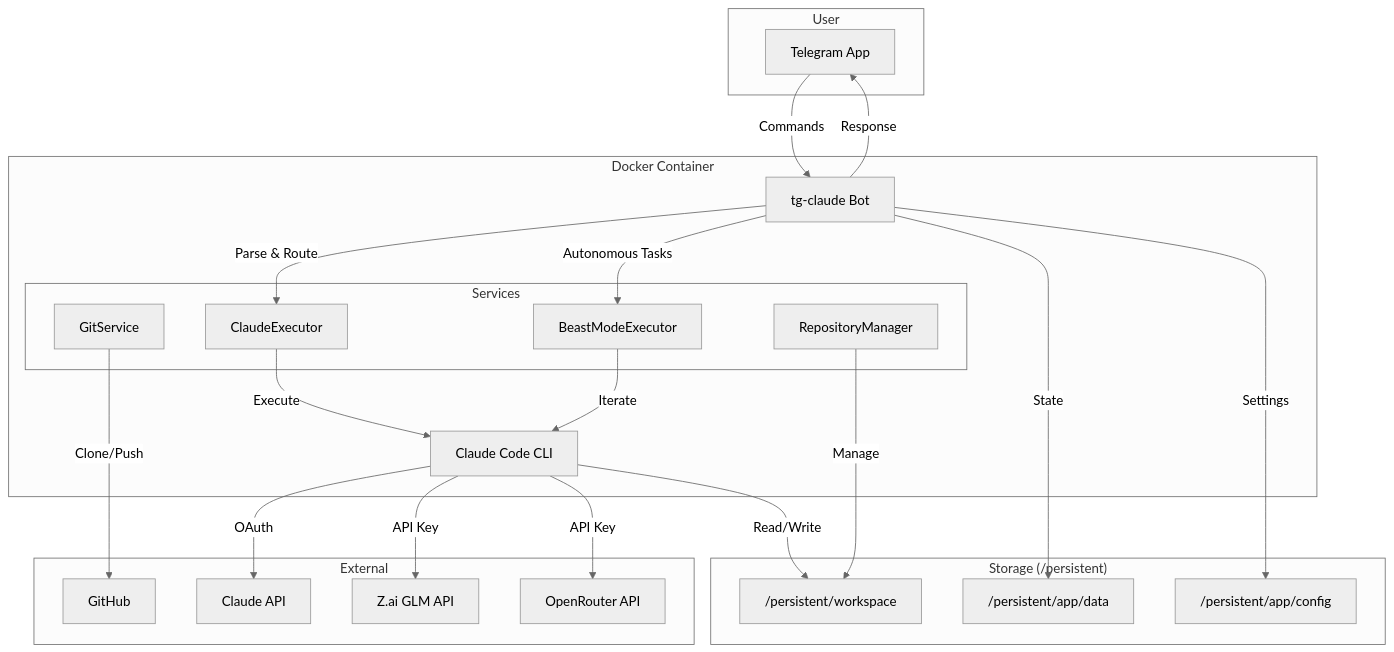
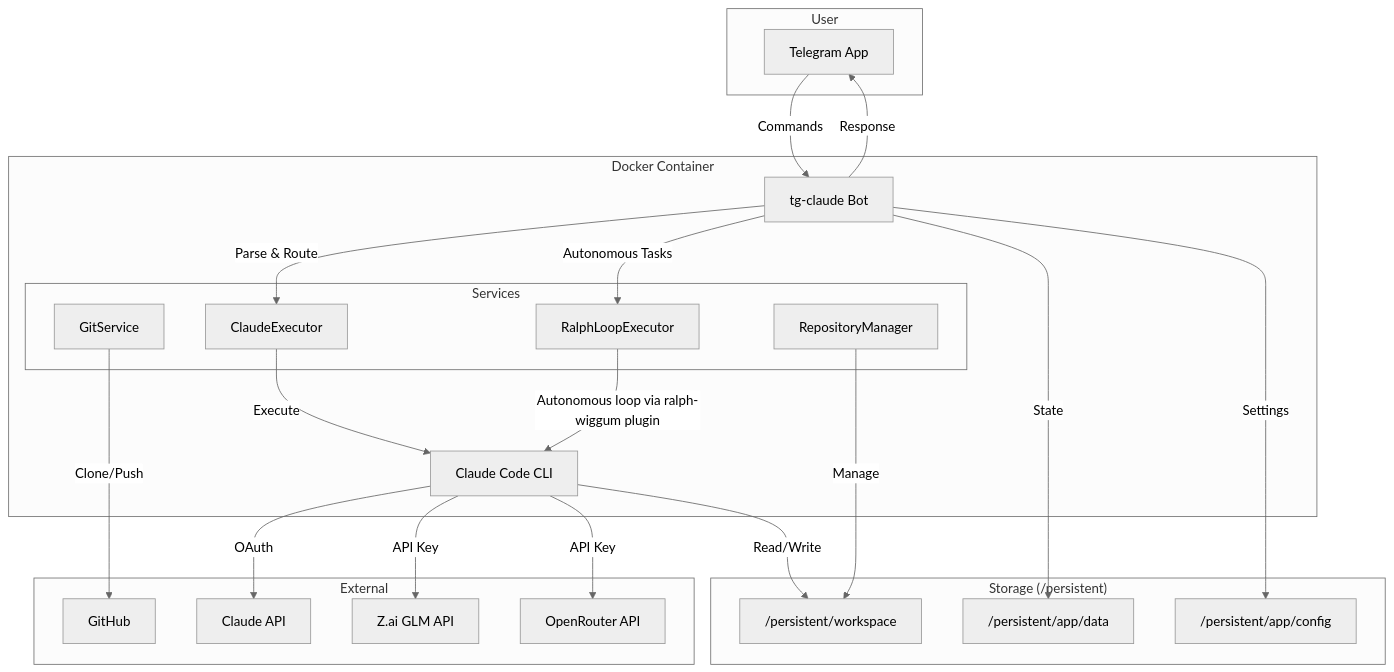
One commit to guzus/tg-claude changed the diagram in README.md. Above: the diagram before and after it, drawn with Mermaid (neutral theme). The commit also changed other lines of this file and 19 other files, not shown here.

First line of the commit message:
Add Playwright MCP + Ralph Wigglum plugin support (#23)

````diff
--- a/README.md
+++ b/README.md
@@ -24,46 +24,46 @@
 ```mermaid
 flowchart TB
     subgraph User
         TG[Telegram App]
     end
 
     subgraph Docker Container
         Bot[tg-claude Bot]
         Claude[Claude Code CLI]
         
         subgraph Services
             Executor[ClaudeExecutor]
-            Beast[BeastModeExecutor]
+            Ralph[RalphLoopExecutor]
             Git[GitService]
             Repo[RepositoryManager]
         end
     end
 
     subgraph Storage["Storage (/persistent)"]
         Workspace["/persistent/workspace"]
         Data["/persistent/app/data"]
         Config["/persistent/app/config"]
     end
 
     subgraph External
         GitHub[GitHub]
         ClaudeAPI[Claude API]
         ZaiAPI[Z.ai GLM API]
         OpenRouter[OpenRouter API]
     end
 
     TG -->|Commands| Bot
     Bot -->|Parse & Route| Executor
-    Bot -->|Autonomous Tasks| Beast
+    Bot -->|Autonomous Tasks| Ralph
     Executor -->|Execute| Claude
-    Beast -->|Iterate| Claude
+    Ralph -->|Autonomous loop via ralph-wiggum plugin| Claude
     Claude -->|OAuth| ClaudeAPI
     Claude -->|API Key| ZaiAPI
     Claude -->|API Key| OpenRouter
     Claude -->|Read/Write| Workspace
     Git -->|Clone/Push| GitHub
     Repo -->|Manage| Workspace
     Bot -->|State| Data
     Bot -->|Settings| Config
     Bot -->|Response| TG
 ```
````
